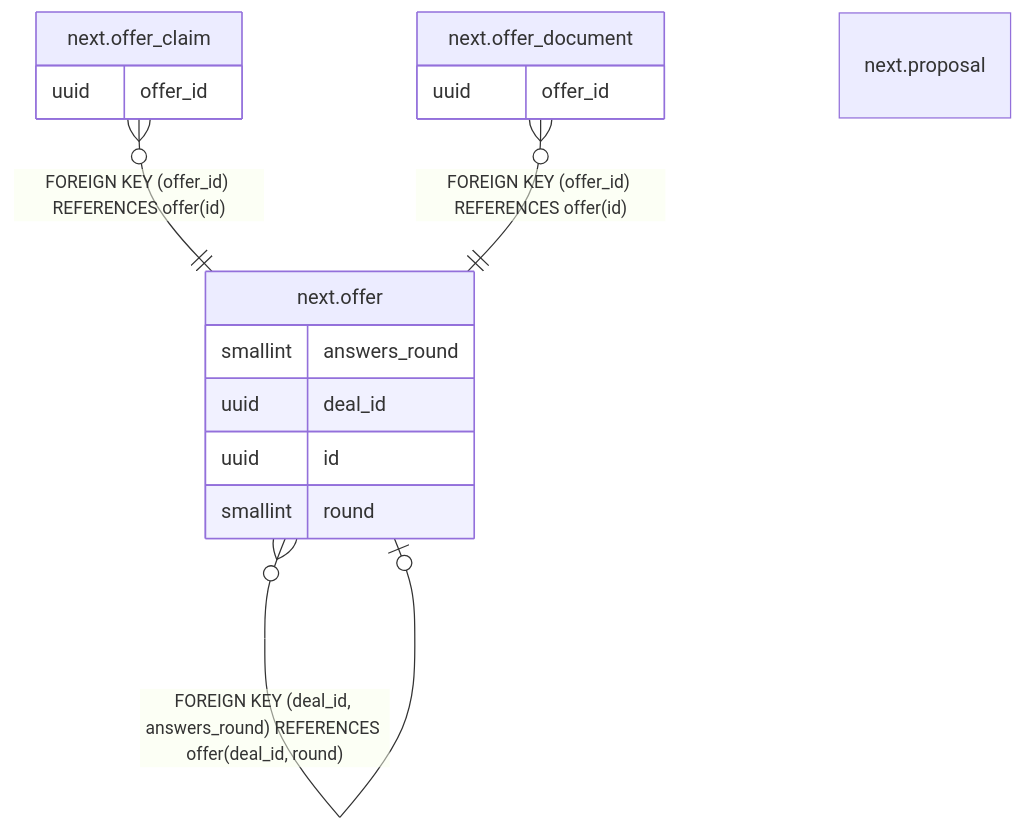
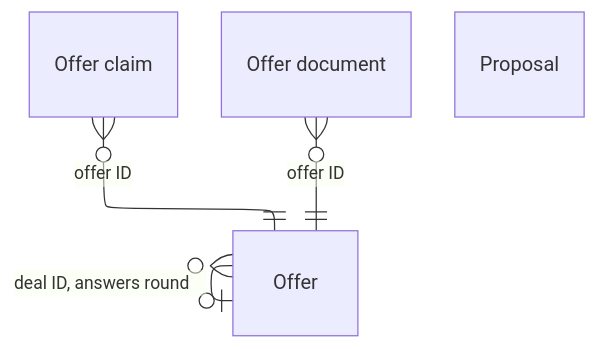
The diagram in docs/database/tables/viewpoint-offers.md (DoctorCRE/doctorcre-engine), drawn with Mermaid before and after one commit. The commit also changed other lines of this file and 29 other files, not shown here.

````diff
--- a/docs/database/tables/viewpoint-offers.md
+++ b/docs/database/tables/viewpoint-offers.md
@@ -18,22 +3,17 @@
 ```mermaid
+---
+config:
+  layout: elk
+  er:
+    nodeSpacing: 22
+    rankSpacing: 44
+---
 erDiagram
-
-"next.offer" }o--o| "next.offer" : "FOREIGN KEY (deal_id, answers_round) REFERENCES offer(deal_id, round)"
-"next.offer_claim" }o--|| "next.offer" : "FOREIGN KEY (offer_id) REFERENCES offer(id)"
-"next.offer_document" }o--|| "next.offer" : "FOREIGN KEY (offer_id) REFERENCES offer(id)"
-
-"next.offer" {
-  smallint answers_round
-  uuid deal_id
-  uuid id
-  smallint round
-}
-"next.offer_claim" {
-  uuid offer_id
-}
-"next.offer_document" {
-  uuid offer_id
-}
-"next.proposal" {
-}
+  "Offer"
+  "Offer claim"
+  "Offer document"
+  "Proposal"
+  "Offer" }o--o| "Offer" : "deal ID, answers round#160;#160;#160;#160;"
+  "Offer claim" }o--|| "Offer" : "offer ID"
+  "Offer document" }o--|| "Offer" : "offer ID"
 ```
````
